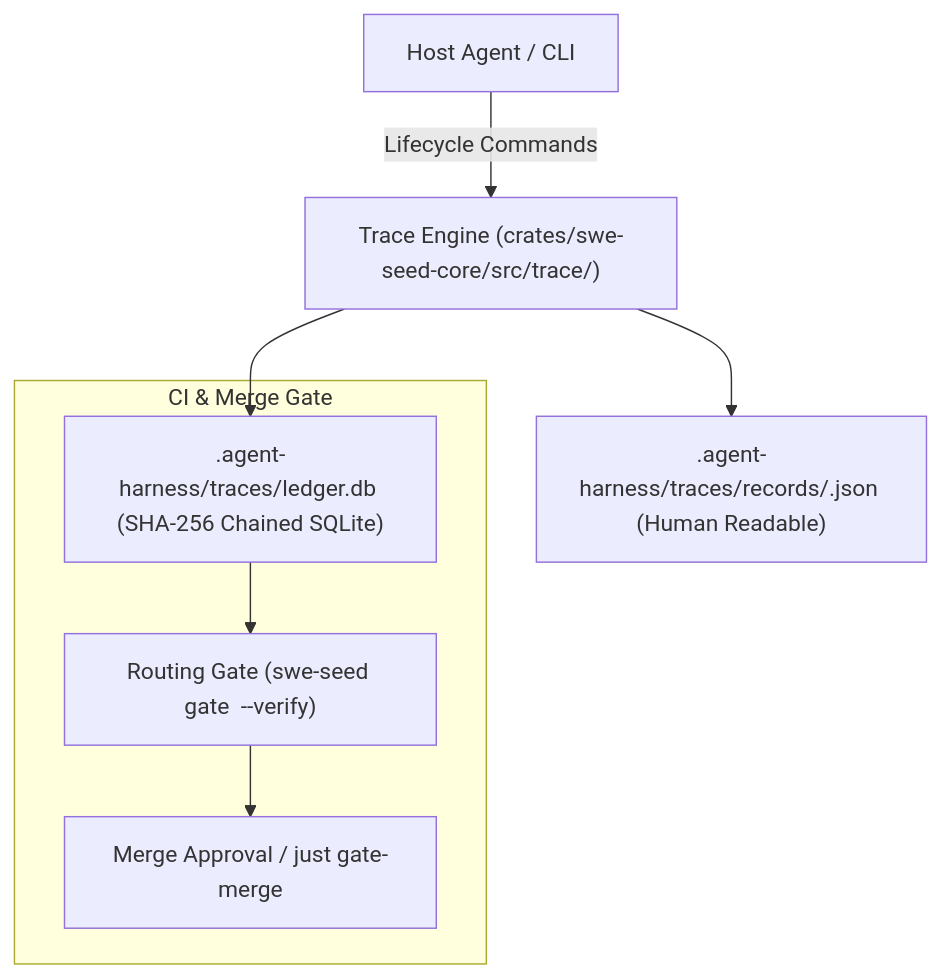
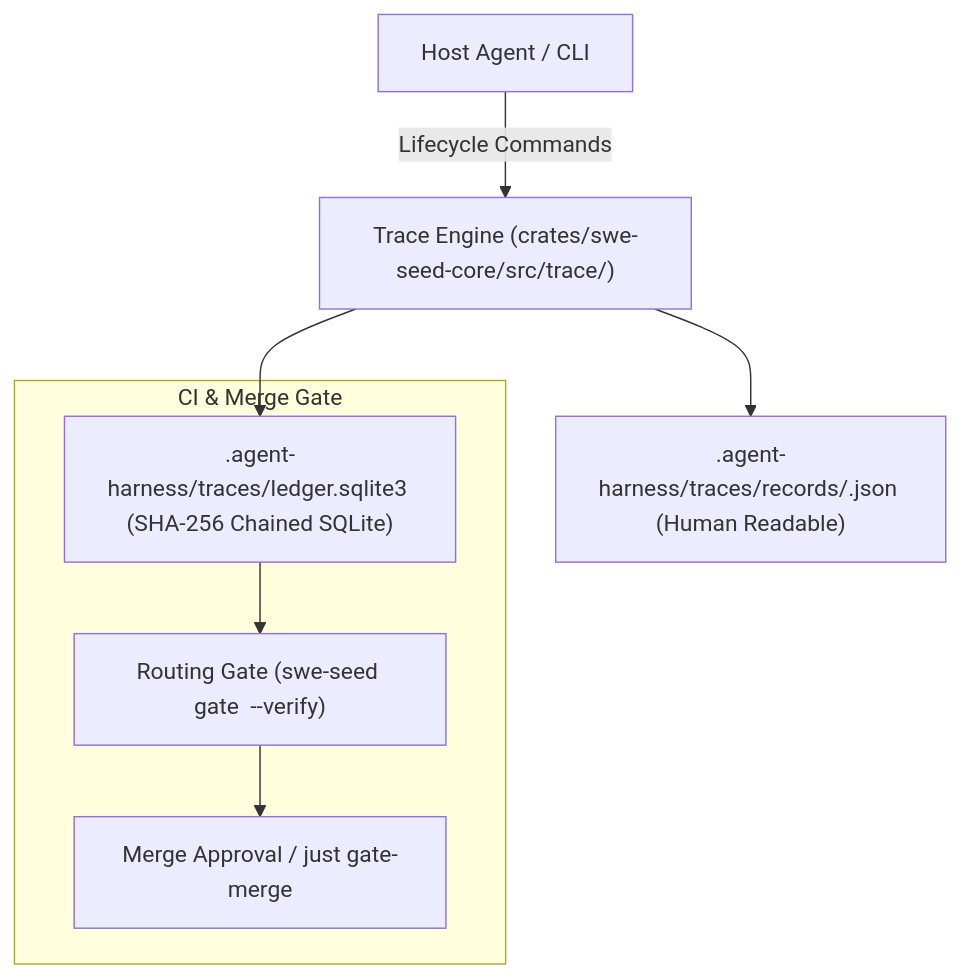
Before and after one commit to GodSpeedAI/swe_seed: the first of 3 diagrams in docs/subsystems/trace-ledger.md, drawn with Mermaid. The commit also changed other lines of this file and 29 other files, not shown here.

````diff
--- a/docs/subsystems/trace-ledger.md
+++ b/docs/subsystems/trace-ledger.md
@@ -31,11 +31,11 @@
 ```mermaid
 graph TD
     Agent["Host Agent / CLI"] -->|Lifecycle Commands| TraceEngine["Trace Engine (crates/swe-seed-core/src/trace/)"]
     TraceEngine --> Records[".agent-harness/traces/records/<id>.json (Human Readable)"]
-    TraceEngine --> LedgerDB[".agent-harness/traces/ledger.db (SHA-256 Chained SQLite)"]
+    TraceEngine --> LedgerDB[".agent-harness/traces/ledger.sqlite3 (SHA-256 Chained SQLite)"]
 
     subgraph CI_Gate["CI & Merge Gate"]
         LedgerDB --> Gate["Routing Gate (swe-seed gate <id> --verify)"]
         Gate --> Merge["Merge Approval / just gate-merge"]
     end
 ```
````
